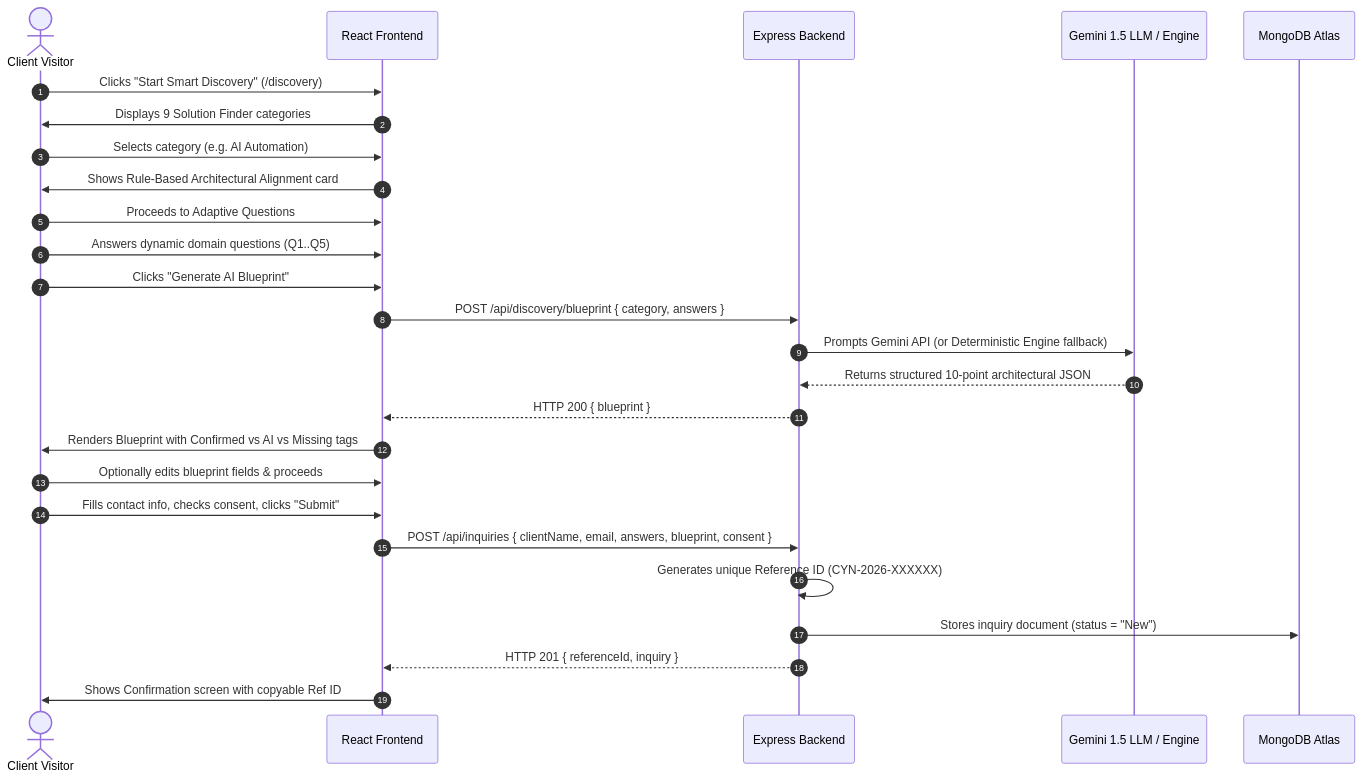
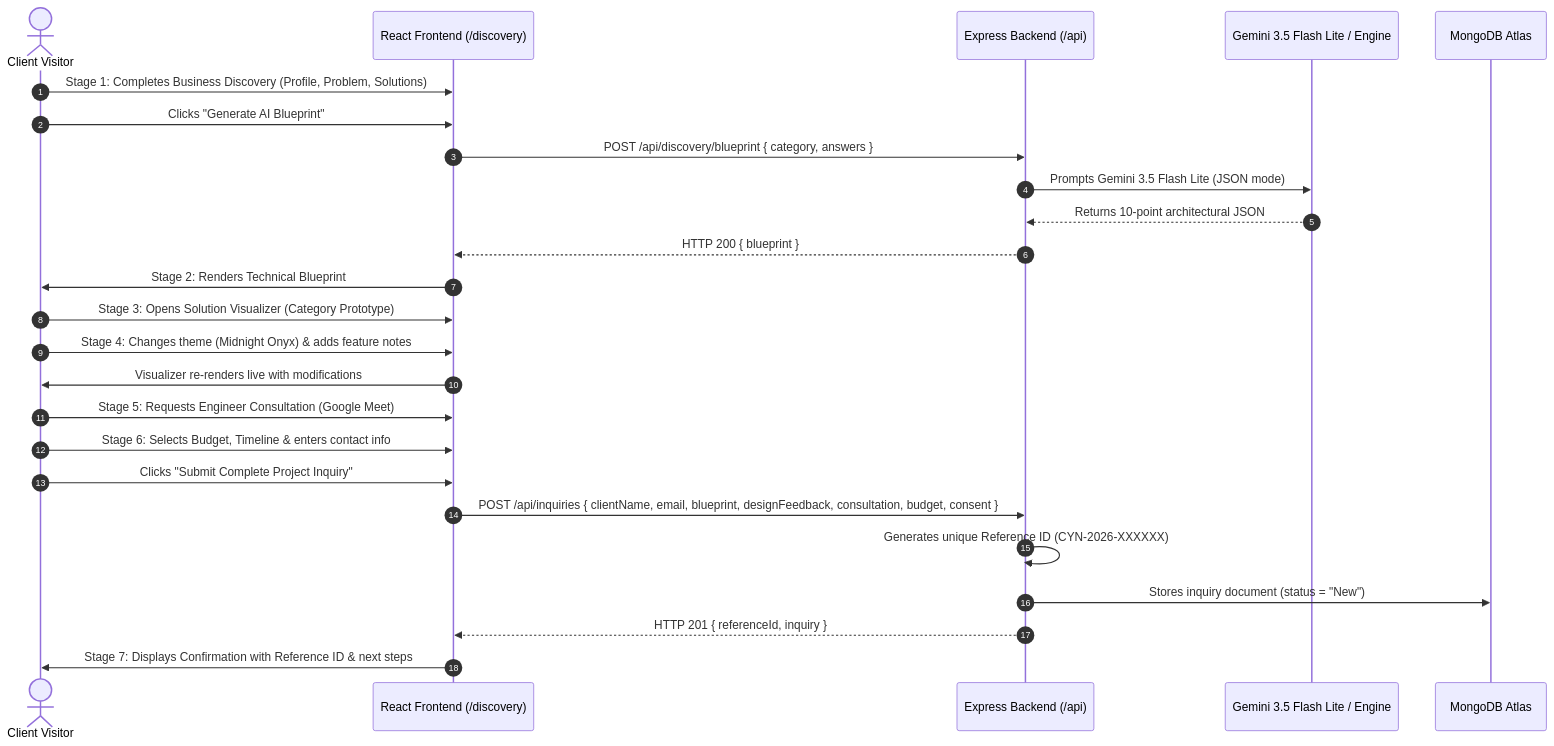
One commit to Ayushi-Choudhary22/cynbit-smart-project-hub changed the first of 2 diagrams in TECHNICAL_REPORT.md. Above: the diagram before and after it, drawn with Mermaid. The commit also changed other lines of this file and 20 other files, not shown here.

First line of the commit message:
feat: deliver Cynbit AI Solution Studio with Gemini 3.5 Flash Lite and interactive visualizer

````diff
--- a/TECHNICAL_REPORT.md
+++ b/TECHNICAL_REPORT.md
@@ -84,29 +86,28 @@
 ```mermaid
 sequenceDiagram
   autonumber
   actor Visitor as Client Visitor
-  participant Client as React Frontend
-  participant Server as Express Backend
-  participant AI as Gemini 1.5 LLM / Engine
+  participant Client as React Frontend (/discovery)
+  participant Server as Express Backend (/api)
+  participant AI as Gemini 3.5 Flash Lite / Engine
   participant DB as MongoDB Atlas
 
-  Visitor->>Client: Clicks "Start Smart Discovery" (/discovery)
-  Client->>Visitor: Displays 9 Solution Finder categories
-  Visitor->>Client: Selects category (e.g. AI Automation)
-  Client->>Visitor: Shows Rule-Based Architectural Alignment card
-  Visitor->>Client: Proceeds to Adaptive Questions
-  Visitor->>Client: Answers dynamic domain questions (Q1..Q5)
+  Visitor->>Client: Stage 1: Completes Business Discovery (Profile, Problem, Solutions)
   Visitor->>Client: Clicks "Generate AI Blueprint"
   Client->>Server: POST /api/discovery/blueprint { category, answers }
-  Server->>AI: Prompts Gemini API (or Deterministic Engine fallback)
-  AI-->>Server: Returns structured 10-point architectural JSON
+  Server->>AI: Prompts Gemini 3.5 Flash Lite (JSON mode)
+  AI-->>Server: Returns 10-point architectural JSON
   Server-->>Client: HTTP 200 { blueprint }
-  Client->>Visitor: Renders Blueprint with Confirmed vs AI vs Missing tags
-  Visitor->>Client: Optionally edits blueprint fields & proceeds
-  Visitor->>Client: Fills contact info, checks consent, clicks "Submit"
-  Client->>Server: POST /api/inquiries { clientName, email, answers, blueprint, consent }
+  Client->>Visitor: Stage 2: Renders Technical Blueprint
+  Visitor->>Client: Stage 3: Opens Solution Visualizer (Category Prototype)
+  Visitor->>Client: Stage 4: Changes theme (Midnight Onyx) & adds feature notes
+  Client->>Visitor: Visualizer re-renders live with modifications
+  Visitor->>Client: Stage 5: Requests Engineer Consultation (Google Meet)
+  Visitor->>Client: Stage 6: Selects Budget, Timeline & enters contact info
+  Visitor->>Client: Clicks "Submit Complete Project Inquiry"
+  Client->>Server: POST /api/inquiries { clientName, email, blueprint, designFeedback, consultation, budget, consent }
   Server->>Server: Generates unique Reference ID (CYN-2026-XXXXXX)
   Server->>DB: Stores inquiry document (status = "New")
   Server-->>Client: HTTP 201 { referenceId, inquiry }
-  Client->>Visitor: Shows Confirmation screen with copyable Ref ID
+  Client->>Visitor: Stage 7: Displays Confirmation with Reference ID & next steps
 ```
````
